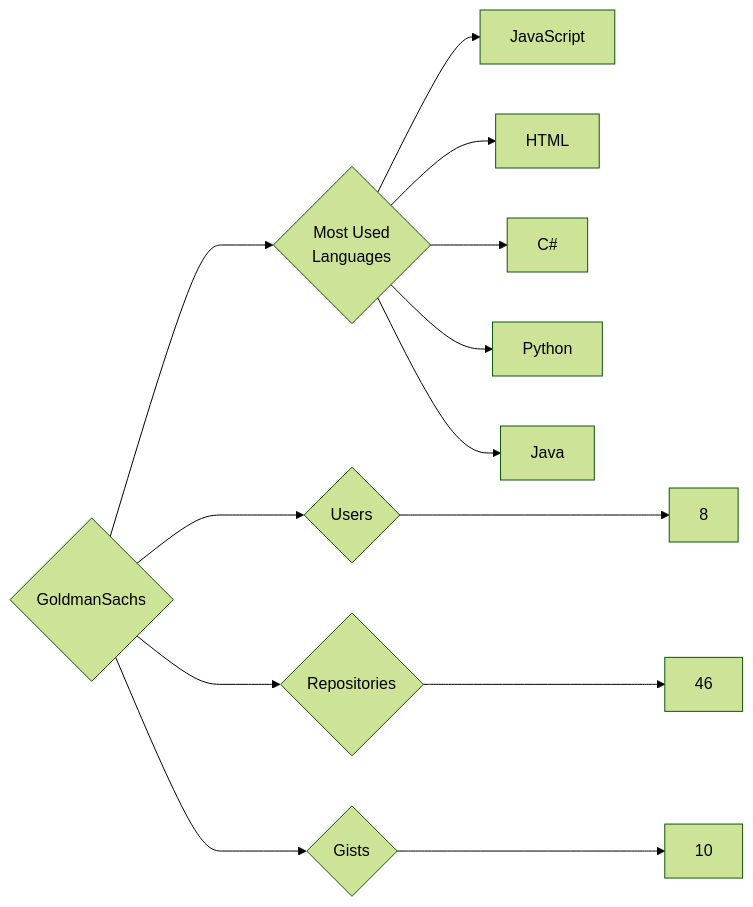
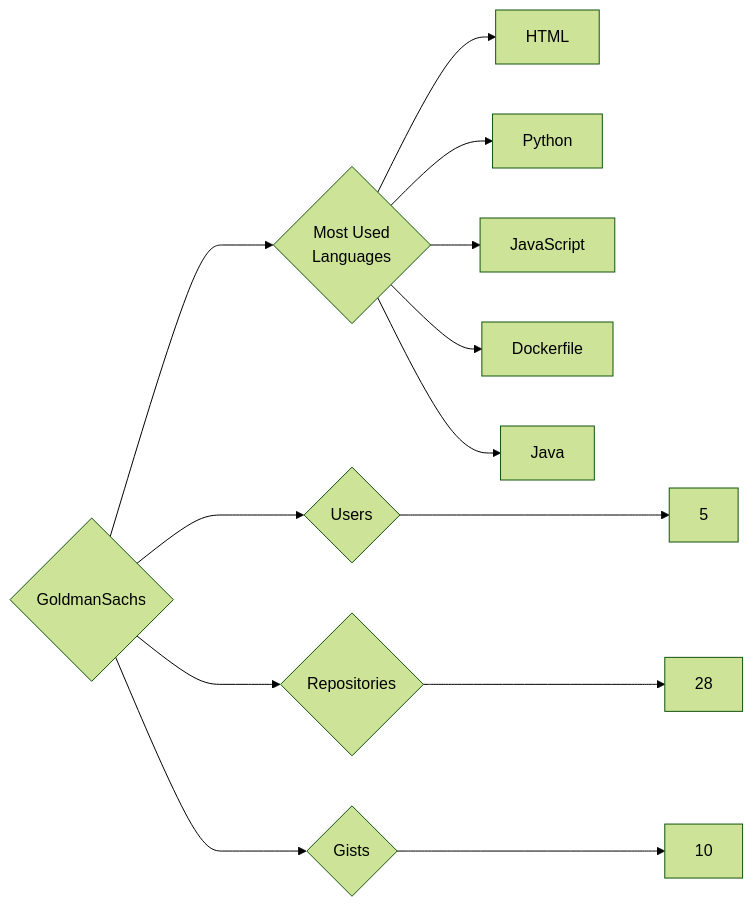
The diagram in targets/GoldmanSachs/README.md (trickest/insiders), drawn with Mermaid (forest theme) before and after one commit. The commit also changed 1023 other files, not shown here.

````diff
--- a/targets/GoldmanSachs/README.md
+++ b/targets/GoldmanSachs/README.md
@@ -3,13 +3,13 @@
 ```mermaid
 graph LR
 COMPANY_NAME{GoldmanSachs}
-COMPANY_NAME ---> U{Users} ---> UN[8]
-COMPANY_NAME ---> R{Repositories} ---> RN[46]
+COMPANY_NAME ---> U{Users} ---> UN[5]
+COMPANY_NAME ---> R{Repositories} ---> RN[28]
 COMPANY_NAME ---> G{Gists} ---> GN[10]
 COMPANY_NAME ---> ML{Most Used<br>Languages}
+ML --> HTML[HTML]
+ML --> Python[Python]
 ML --> JavaScript[JavaScript]
-ML --> HTML[HTML]
-ML --> C#[C#]
-ML --> Python[Python]
+ML --> Dockerfile[Dockerfile]
 ML --> Java[Java]
 ```
````
